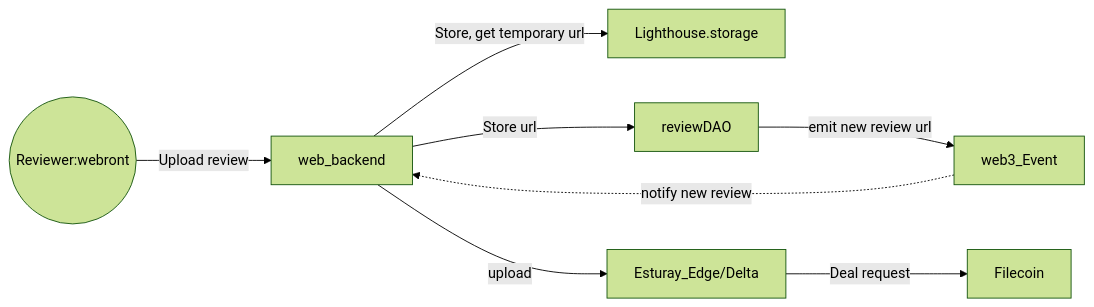
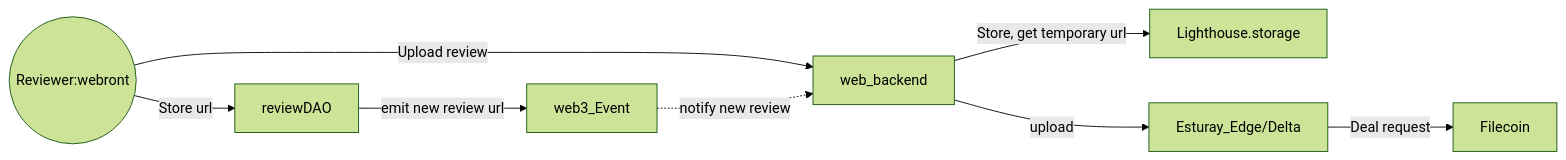
One commit to TrustedDataGraph/HackFS2023DataVerification changed the first of 4 diagrams in README.md. Above: the diagram before and after it, drawn with Mermaid (forest theme). The commit also changed 7 other files, not shown here.

````diff
--- a/README.md
+++ b/README.md
@@ -10,11 +10,11 @@
 ```mermaid 
 graph LR
     Reviewer((Reviewer:webront)) -->|Upload review| web_backend
     web_backend -->|Store, get temporary url| Lighthouse.storage
-    web_backend -->|Store url| reviewDAO
+    Reviewer -->|Store url| reviewDAO
     reviewDAO -->|emit new review url| web3_Event
     web3_Event -.->|notify new review| web_backend
     web_backend -->|upload | Esturay_Edge/Delta
     Esturay_Edge/Delta -->|Deal request| Filecoin
 
 ```
````
